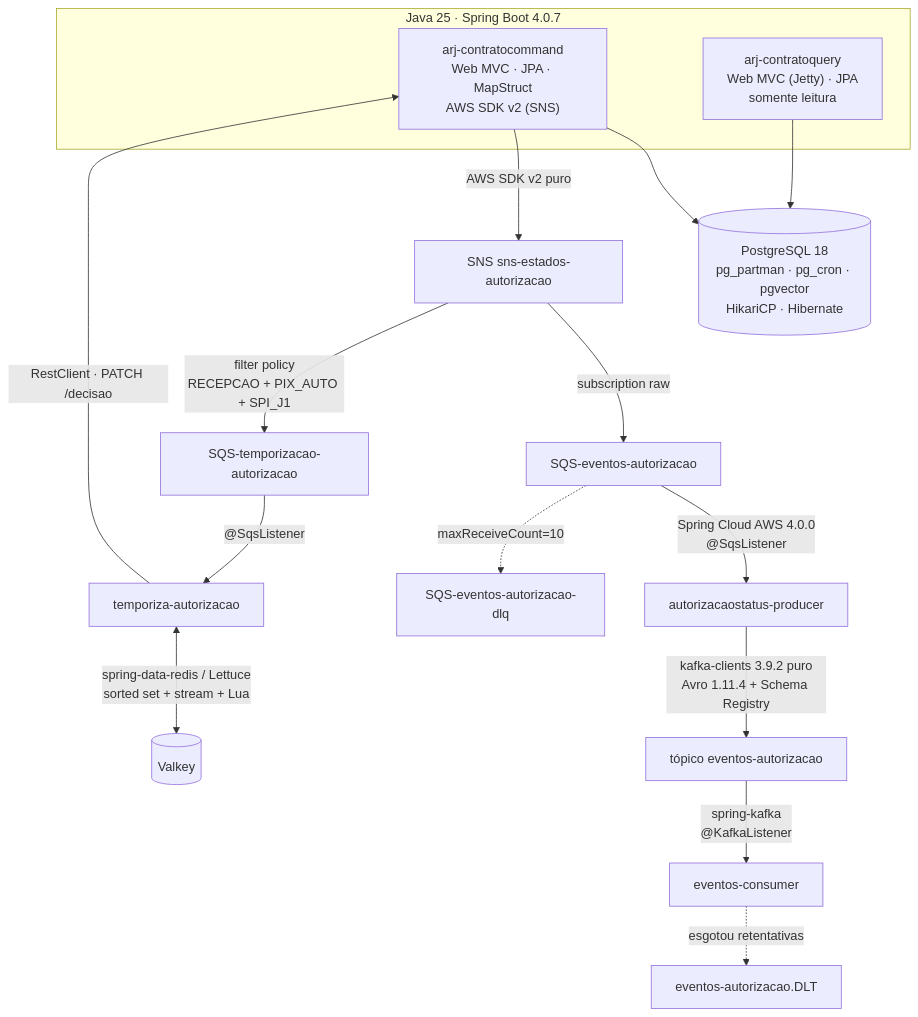
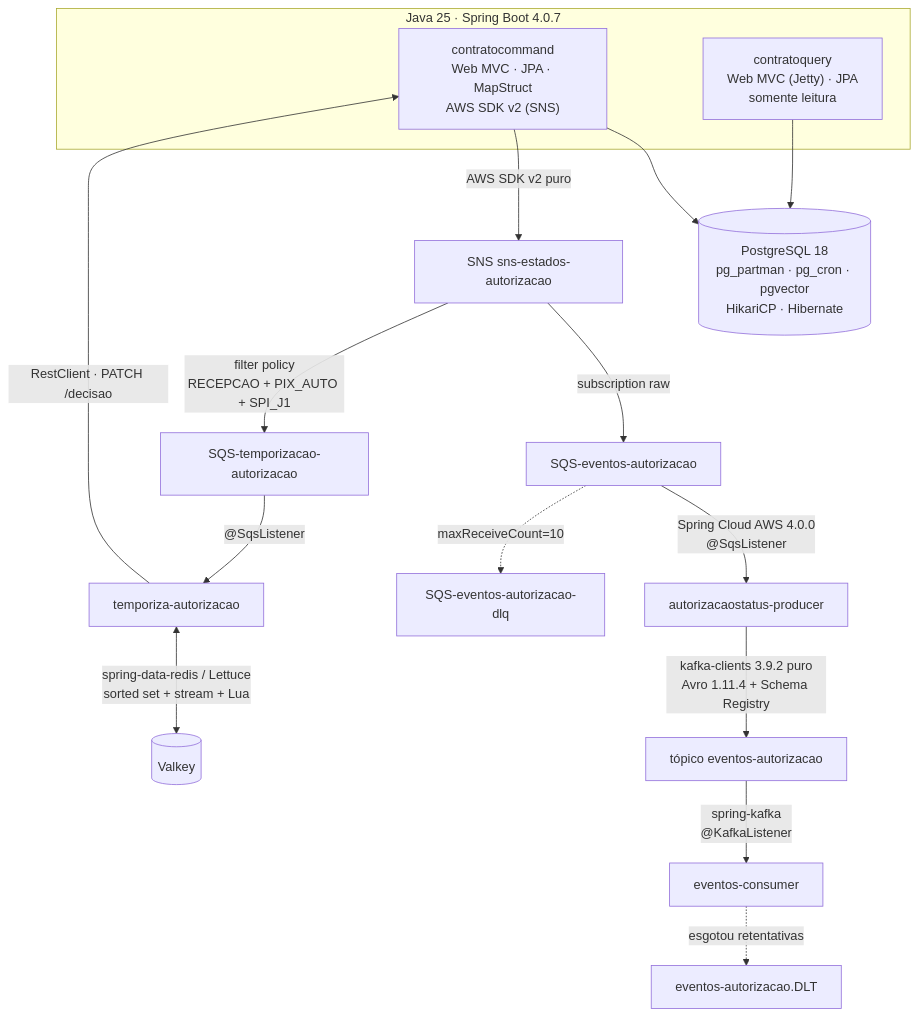
One commit to srportto/arj-pagrecorrentes-dbrelacional changed the first of 2 diagrams in docs/arquitetura/stack-e-padroes.md. Above: the diagram before and after it, drawn with Mermaid. The commit also changed other lines of this file and 379 other files, not shown here.

First line of the commit message:
renomeia arj-contratocommand/arj-contratoquery para contratocommand/contratoquery

````diff
--- a/docs/arquitetura/stack-e-padroes.md
+++ b/docs/arquitetura/stack-e-padroes.md
@@ -14,25 +14,25 @@
 ```mermaid
 flowchart TD
     subgraph Escrita["Java 25 · Spring Boot 4.0.7"]
-        Command["arj-contratocommand<br/>Web MVC · JPA · MapStruct<br/>AWS SDK v2 (SNS)"]
-        Query["arj-contratoquery<br/>Web MVC (Jetty) · JPA<br/>somente leitura"]
+        Command["contratocommand<br/>Web MVC · JPA · MapStruct<br/>AWS SDK v2 (SNS)"]
+        Query["contratoquery<br/>Web MVC (Jetty) · JPA<br/>somente leitura"]
     end
 
     Postgres[("PostgreSQL 18<br/>pg_partman · pg_cron · pgvector<br/>HikariCP · Hibernate")]
     Command --> Postgres
     Query --> Postgres
 
     Command -->|"AWS SDK v2 puro"| SNS["SNS sns-estados-autorizacao"]
     SNS -->|"subscription raw"| SQSEventos["SQS-eventos-autorizacao"]
     SNS -->|"filter policy<br/>RECEPCAO + PIX_AUTO + SPI_J1"| SQSTemporiza["SQS-temporizacao-autorizacao"]
 
     SQSEventos -->|"Spring Cloud AWS 4.0.0<br/>@SqsListener"| Producer["autorizacaostatus-producer"]
     Producer -->|"kafka-clients 3.9.2 puro<br/>Avro 1.11.4 + Schema Registry"| Kafka["tópico eventos-autorizacao"]
     Kafka -->|"spring-kafka<br/>@KafkaListener"| Consumer["eventos-consumer"]
     Consumer -.->|"esgotou retentativas"| DLT["eventos-autorizacao.DLT"]
     SQSEventos -.->|"maxReceiveCount=10"| DLQ["SQS-eventos-autorizacao-dlq"]
 
     SQSTemporiza -->|"@SqsListener"| Temporiza["temporiza-autorizacao"]
     Temporiza <-->|"spring-data-redis / Lettuce<br/>sorted set + stream + Lua"| Valkey[("Valkey")]
     Temporiza -->|"RestClient · PATCH /decisao"| Command
 ```
````
